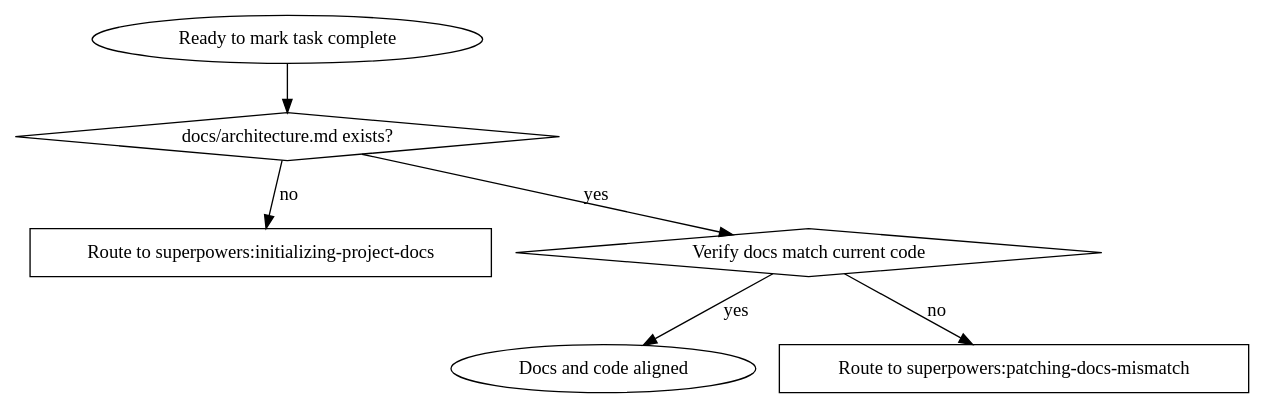
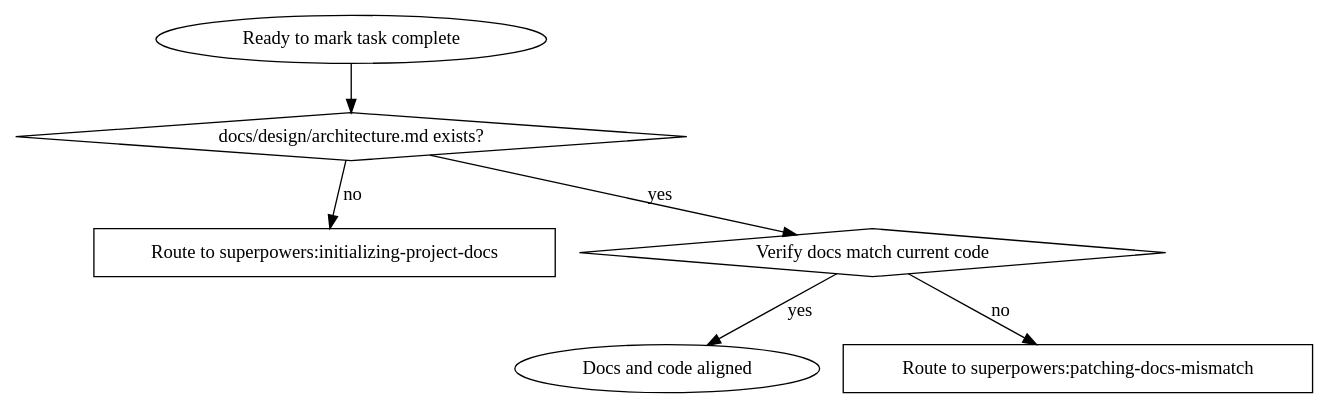
Before and after one commit to Seele64/superpowers-auto-docs: the diagram in skills/maintaining-docs-sync/SKILL.md, drawn with Graphviz. The commit also changed other lines of this file and 7 other files, not shown here.

````diff
--- a/skills/maintaining-docs-sync/SKILL.md
+++ b/skills/maintaining-docs-sync/SKILL.md
@@ -23,17 +23,17 @@
 ```dot
 digraph docs_sync_check_flow {
     rankdir=TB;
     start [label="Ready to mark task complete", shape=ellipse];
-    check [label="docs/architecture.md exists?", shape=diamond];
+   check [label="docs/design/architecture.md exists?", shape=diamond];
     missing [label="Route to superpowers:initializing-project-docs", shape=box];
     verify [label="Verify docs match current code", shape=diamond];
     aligned [label="Docs and code aligned", shape=ellipse];
     mismatch [label="Route to superpowers:patching-docs-mismatch", shape=box];
 
     start -> check;
     check -> missing [label="no"];
     check -> verify [label="yes"];
     verify -> aligned [label="yes"];
     verify -> mismatch [label="no"];
 }
 ```
````
